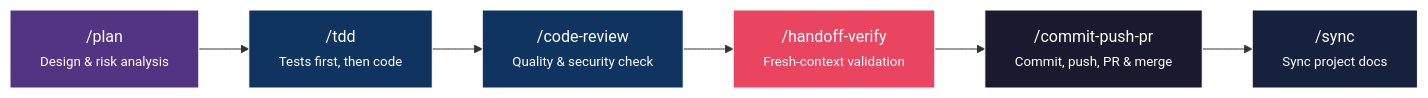
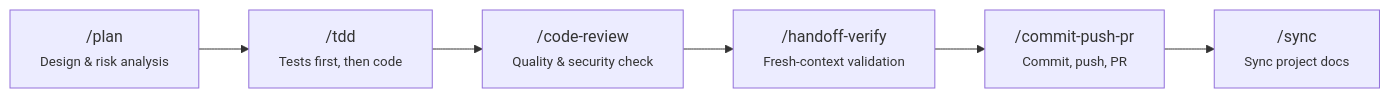
One commit to daeha76/dotnet-claude-forge changed the diagram in README.md. Above: the diagram before and after it, drawn with Mermaid. The commit also changed other lines of this file and 1 other file, not shown here.

````diff
--- a/README.md
+++ b/README.md
@@ -93,15 +84,8 @@
 ```mermaid
 graph LR
     P["/plan<br><small>Design & risk analysis</small>"] --> T["/tdd<br><small>Tests first, then code</small>"]
     T --> CR["/code-review<br><small>Quality & security check</small>"]
     CR --> HV["/handoff-verify<br><small>Fresh-context validation</small>"]
-    HV --> CPR["/commit-push-pr<br><small>Commit, push, PR & merge</small>"]
+    HV --> CPR["/commit-push-pr<br><small>Commit, push, PR</small>"]
     CPR --> S["/sync<br><small>Sync project docs</small>"]
-
-    style P fill:#533483,stroke:#fff,color:#fff
-    style T fill:#0f3460,stroke:#fff,color:#fff
-    style CR fill:#0f3460,stroke:#fff,color:#fff
-    style HV fill:#e94560,stroke:#fff,color:#fff
-    style CPR fill:#1a1a2e,stroke:#fff,color:#fff
-    style S fill:#16213e,stroke:#fff,color:#fff
 ```
````
